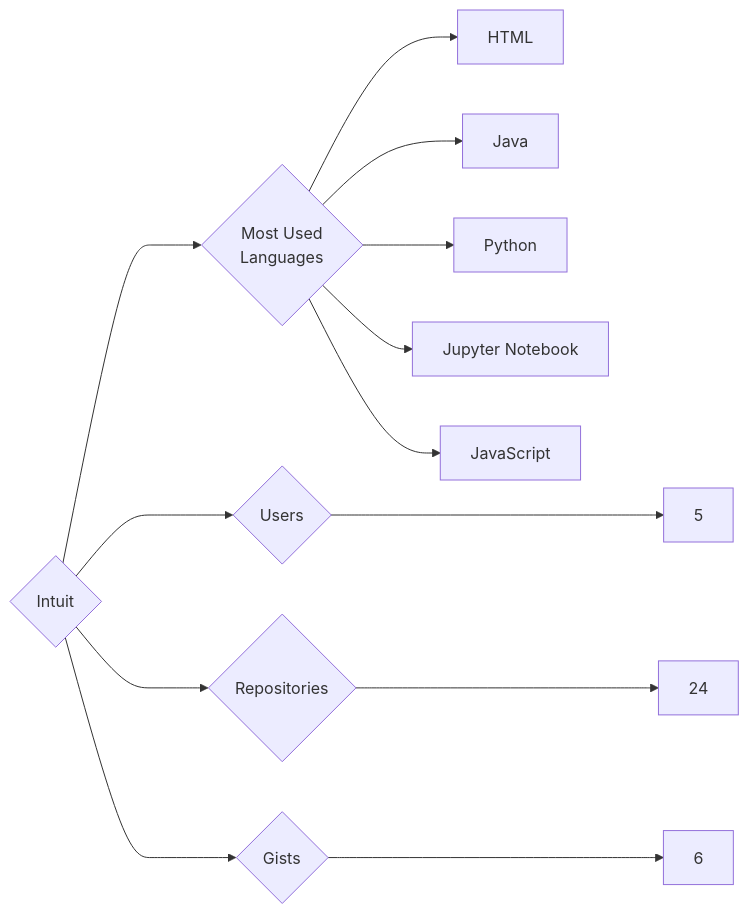
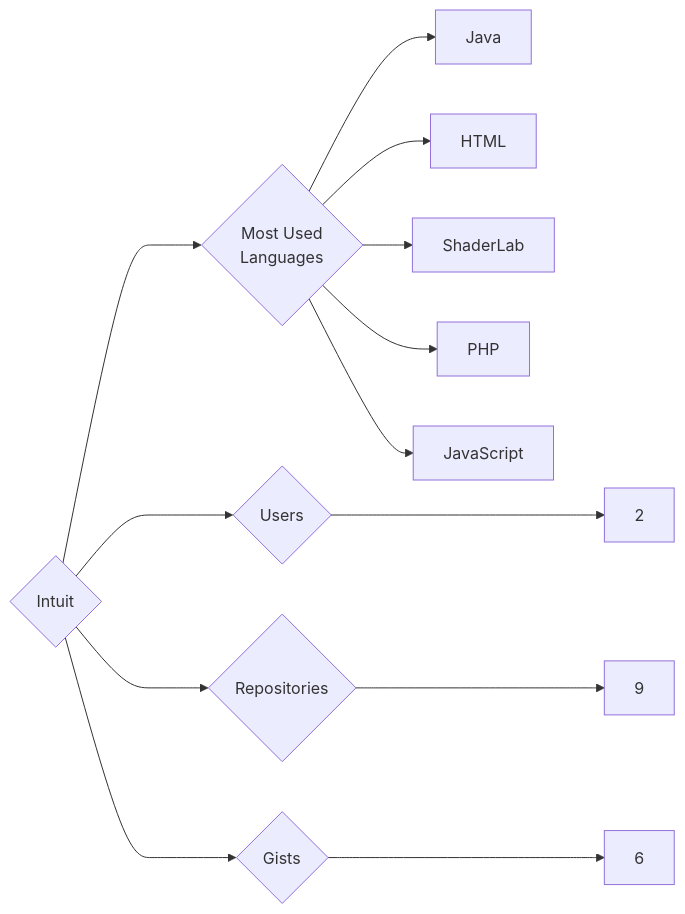
The diagram in targets/Intuit/README.md (trickest/insiders), drawn with Mermaid before and after one commit. The commit also changed 938 other files, not shown here.

````diff
--- a/targets/Intuit/README.md
+++ b/targets/Intuit/README.md
@@ -3,13 +3,13 @@
 ```mermaid
 graph LR
 COMPANY_NAME{Intuit}
-COMPANY_NAME ---> U{Users} ---> UN[5]
-COMPANY_NAME ---> R{Repositories} ---> RN[24]
+COMPANY_NAME ---> U{Users} ---> UN[2]
+COMPANY_NAME ---> R{Repositories} ---> RN[9]
 COMPANY_NAME ---> G{Gists} ---> GN[6]
 COMPANY_NAME ---> ML{Most Used<br>Languages}
+ML --> Java[Java]
 ML --> HTML[HTML]
-ML --> Java[Java]
-ML --> Python[Python]
-ML --> Jupyter_Notebook[Jupyter Notebook]
+ML --> ShaderLab[ShaderLab]
+ML --> PHP[PHP]
 ML --> JavaScript[JavaScript]
 ```
````
